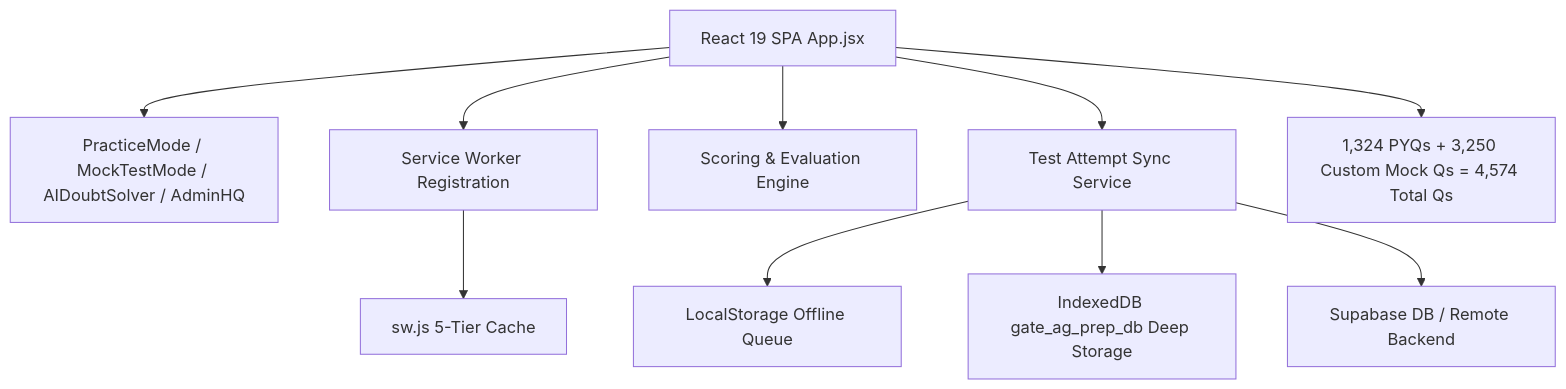
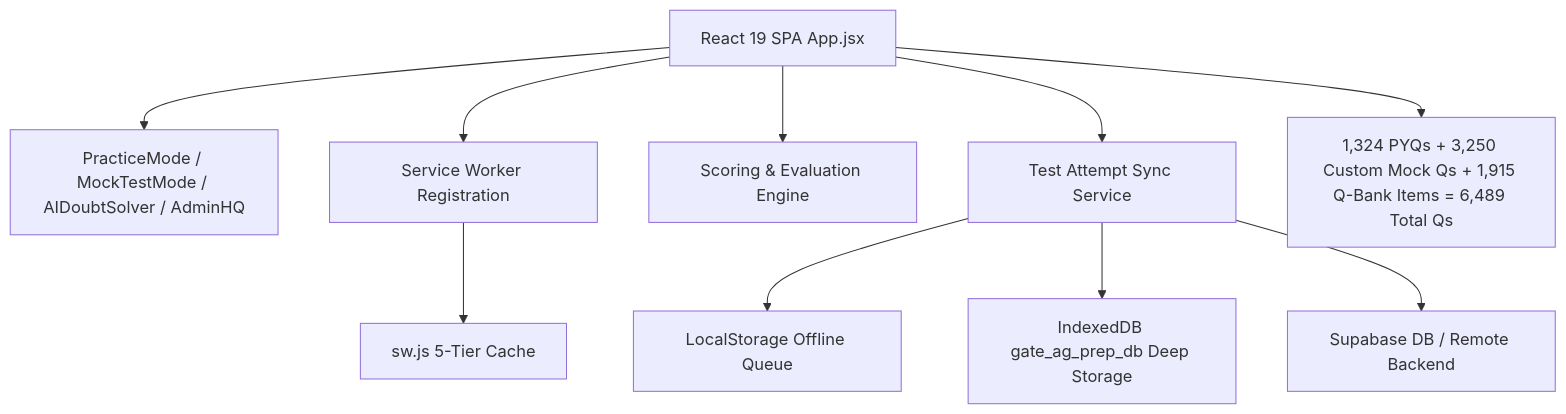
The diagram in PROJECT_CONTEXT.md (RAGHAVBANSAL0704/GATE-AG-PREP), drawn with Mermaid before and after one commit. The commit also changed other lines of this file and 34 other files, not shown here.

````diff
--- a/PROJECT_CONTEXT.md
+++ b/PROJECT_CONTEXT.md
@@ -17,15 +17,15 @@
 ```mermaid
 graph TD
     App[React 19 SPA App.jsx] --> Components[PracticeMode / MockTestMode / AIDoubtSolver / AdminHQ]
     App --> SWReg[Service Worker Registration]
     SWReg --> SW[sw.js 5-Tier Cache]
     
     App --> Scoring[Scoring & Evaluation Engine]
     App --> Sync[Test Attempt Sync Service]
     
     Sync --> LocalQueue[LocalStorage Offline Queue]
     Sync --> IDB[IndexedDB gate_ag_prep_db Deep Storage]
     Sync --> Supabase[Supabase DB / Remote Backend]
     
-    App --> Datasets[1,324 PYQs + 3,250 Custom Mock Qs = 4,574 Total Qs]
+    App --> Datasets[1,324 PYQs + 3,250 Custom Mock Qs + 1,915 Q-Bank Items = 6,489 Total Qs]
 ```
````
